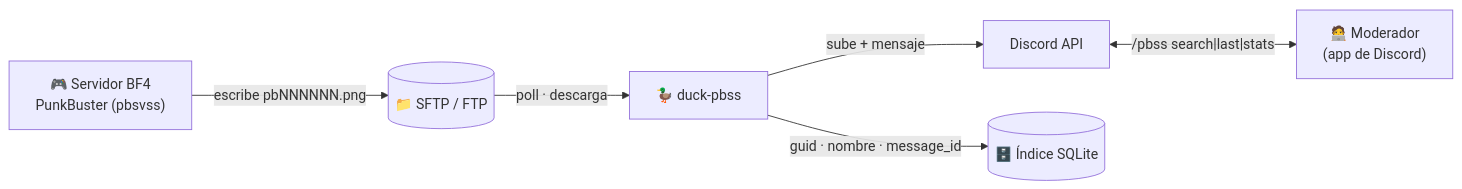
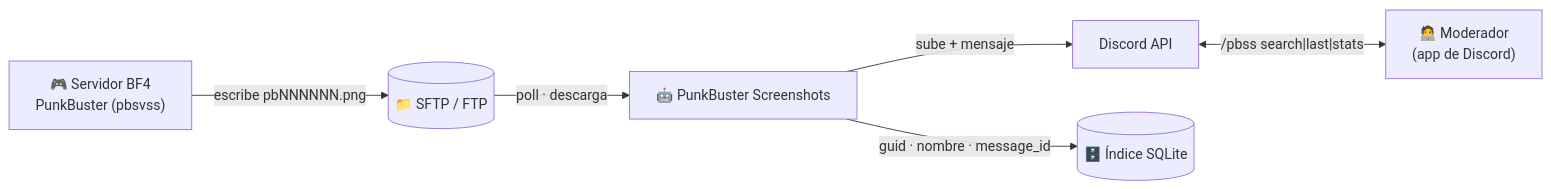
Before and after one commit to the-eduardo/PunkBuster-Screenshots: the first of 3 diagrams in README.es.md, drawn with Mermaid. The commit also changed other lines of this file and 2 other files, not shown here.

First line of the commit message:
docs: documenta SFTP_HOST_KEY e a verificacao da chave do host

````diff
--- a/README.es.md
+++ b/README.es.md
@@ -67,8 +67,8 @@
 ```mermaid
 flowchart LR
     PB["🎮 Servidor BF4<br/>PunkBuster (pbsvss)"] -->|"escribe pbNNNNNN.png"| SFTP[("📁 SFTP / FTP")]
-    SFTP -->|"poll · descarga"| BOT["🦆 duck-pbss"]
+    SFTP -->|"poll · descarga"| BOT["🤖 PunkBuster Screenshots"]
     BOT -->|"sube + mensaje"| DISCORD["Discord API"]
     DISCORD <-->|"/pbss search|last|stats"| U["🧑‍💻 Moderador<br/>(app de Discord)"]
     BOT -->|"guid · nombre · message_id"| DB[("🗄️ Índice SQLite")]
 ```
````
